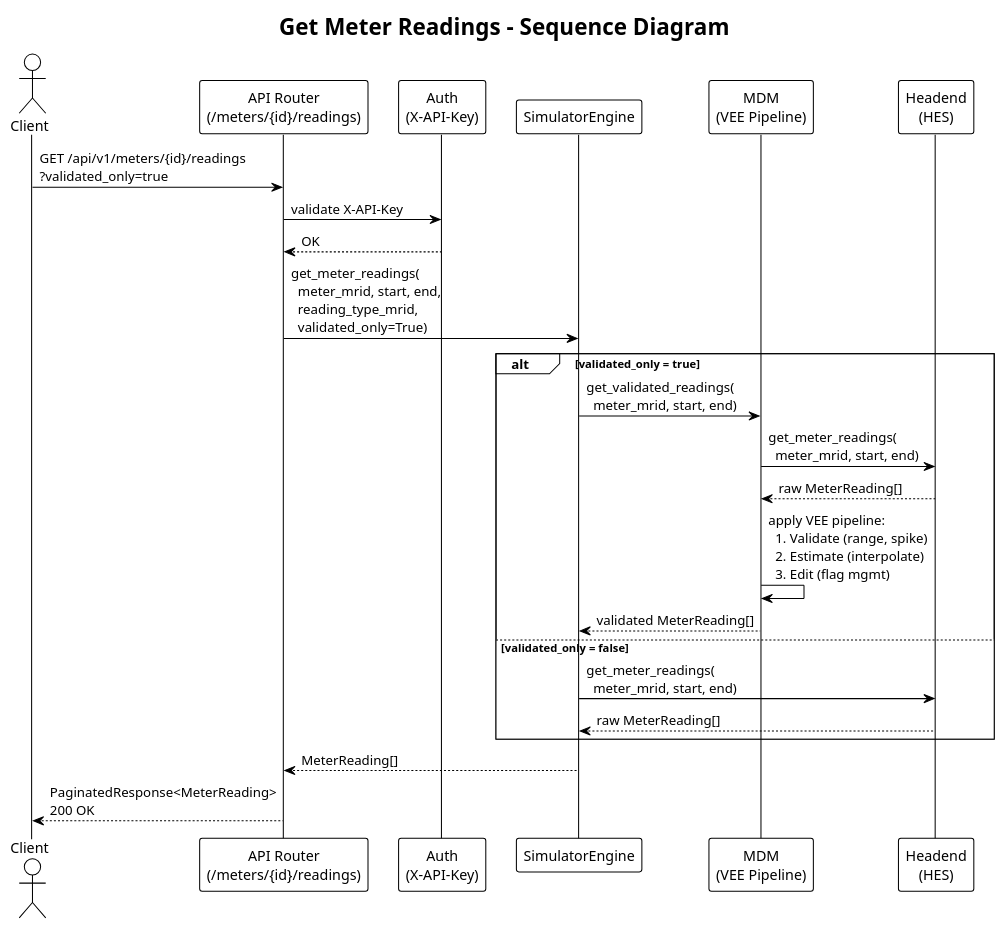
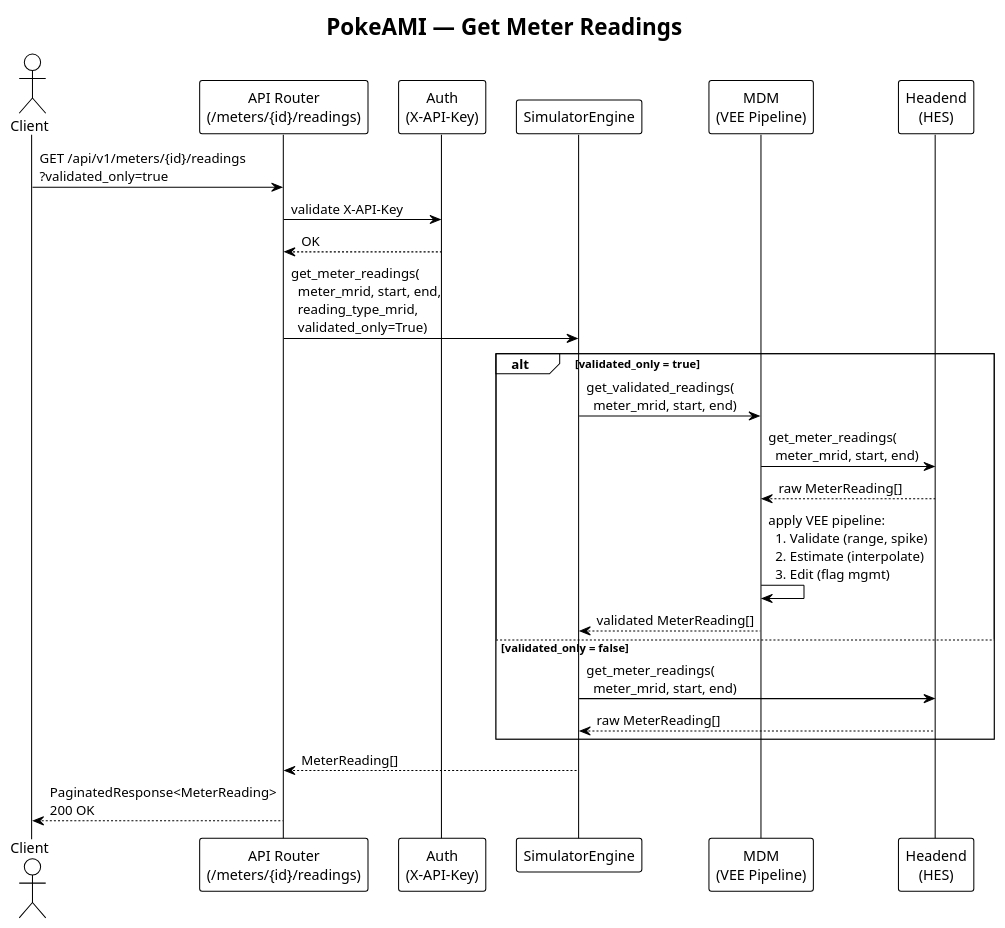
One commit to pjm4github/PokeAMI changed the diagram in docs/diagrams/sequence_get_readings.puml. Above: the diagram before and after it, drawn with PlantUML. The commit also changed 16 other files, not shown here.

First line of the commit message:
Rename to PokeAMI, update README and all PlantUML diagrams

```diff
--- a/docs/diagrams/sequence_get_readings.puml
+++ b/docs/diagrams/sequence_get_readings.puml
@@ -1,33 +1,33 @@
 @startuml Sequence - Get Meter Readings
 !theme plain
 
-title Get Meter Readings - Sequence Diagram
+title PokeAMI — Get Meter Readings
 
 actor Client
 participant "API Router\n(/meters/{id}/readings)" as Router
 participant "Auth\n(X-API-Key)" as Auth
 participant "SimulatorEngine" as Sim
 participant "MDM\n(VEE Pipeline)" as MDM
 participant "Headend\n(HES)" as HES
 
 Client -> Router : GET /api/v1/meters/{id}/readings\n?validated_only=true
 Router -> Auth : validate X-API-Key
 Auth --> Router : OK
 
 Router -> Sim : get_meter_readings(\n  meter_mrid, start, end,\n  reading_type_mrid,\n  validated_only=True)
 
 alt validated_only = true
     Sim -> MDM : get_validated_readings(\n  meter_mrid, start, end)
     MDM -> HES : get_meter_readings(\n  meter_mrid, start, end)
     HES --> MDM : raw MeterReading[]
     MDM -> MDM : apply VEE pipeline:\n  1. Validate (range, spike)\n  2. Estimate (interpolate)\n  3. Edit (flag mgmt)
     MDM --> Sim : validated MeterReading[]
 else validated_only = false
     Sim -> HES : get_meter_readings(\n  meter_mrid, start, end)
     HES --> Sim : raw MeterReading[]
 end
 
 Sim --> Router : MeterReading[]
 Router --> Client : PaginatedResponse<MeterReading>\n200 OK
 
 @enduml
```
